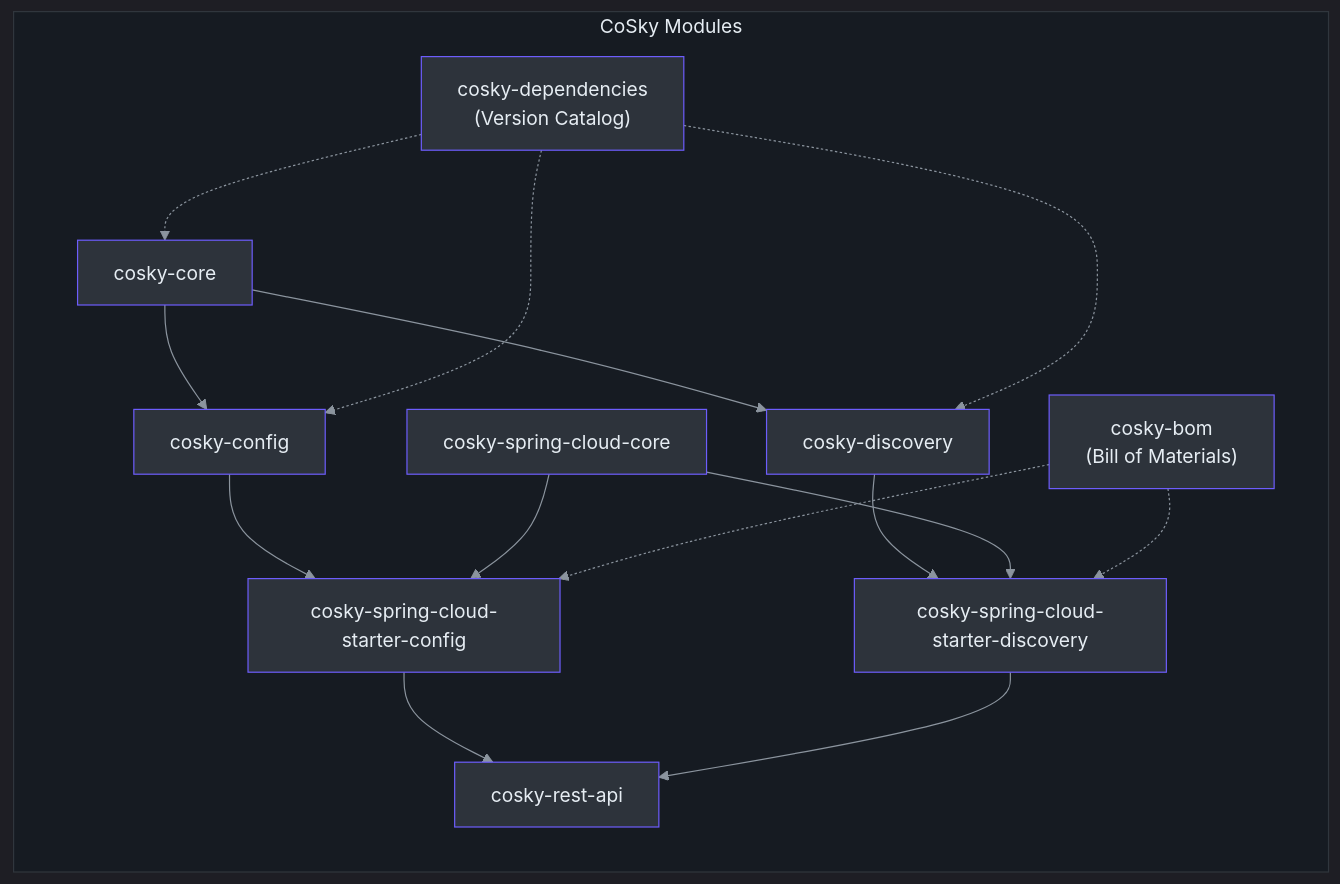
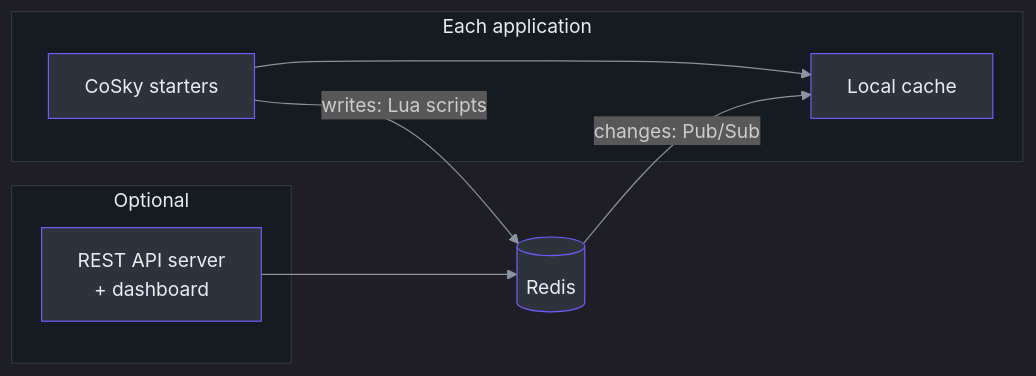
One commit to Ahoo-Wang/CoSky changed the diagram in wiki/guide/index.md. Above: the diagram before and after it, drawn with Mermaid. The commit also changed other lines of this file and 39 other files, not shown here.

````diff
--- a/wiki/guide/index.md
+++ b/wiki/guide/index.md
@@ -75,30 +12,20 @@
 ```mermaid
 %%{init: {'theme':'dark', 'themeVariables': {'primaryColor':'#2d333b','primaryBorderColor':'#6d5dfc','primaryTextColor':'#e6edf3','lineColor':'#8b949e','secondaryColor':'#161b22','tertiaryColor':'#161b22'}}}%%
 graph LR
-    subgraph Modules["CoSky Modules"]
-        style Modules fill:#161b22,stroke:#30363d,color:#e6edf3
-        CORE["cosky-core"] --> CONFIG["cosky-config"]
-        CORE --> DISCOVERY["cosky-discovery"]
-        CONFIG --> SCC["cosky-spring-cloud-starter-config"]
-        DISCOVERY --> SCD["cosky-spring-cloud-starter-discovery"]
-        SCC --> REST["cosky-rest-api"]
-        SCD --> REST
-        SC_CORE["cosky-spring-cloud-core"] --> SCC
-        SC_CORE --> SCD
-        BOM["cosky-bom<br>(Bill of Materials)"] -.-> SCC
-        BOM -.-> SCD
-        DEPS["cosky-dependencies<br>(Version Catalog)"] -.-> CORE
-        DEPS -.-> CONFIG
-        DEPS -.-> DISCOVERY
+    subgraph App["Each application"]
+        style App fill:#161b22,stroke:#30363d,color:#e6edf3
+        STARTER["CoSky starters"] --> CACHE["Local cache"]
     end
-
-    style CORE fill:#2d333b,stroke:#6d5dfc,color:#e6edf3
-    style CONFIG fill:#2d333b,stroke:#6d5dfc,color:#e6edf3
-    style DISCOVERY fill:#2d333b,stroke:#6d5dfc,color:#e6edf3
-    style SCC fill:#2d333b,stroke:#6d5dfc,color:#e6edf3
-    style SCD fill:#2d333b,stroke:#6d5dfc,color:#e6edf3
-    style REST fill:#2d333b,stroke:#6d5dfc,color:#e6edf3
-    style SC_CORE fill:#2d333b,stroke:#6d5dfc,color:#e6edf3
-    style BOM fill:#2d333b,stroke:#6d5dfc,color:#e6edf3
-    style DEPS fill:#2d333b,stroke:#6d5dfc,color:#e6edf3
+    subgraph Ops["Optional"]
+        style Ops fill:#161b22,stroke:#30363d,color:#e6edf3
+        SERVER["REST API server<br>+ dashboard"]
+    end
+    REDIS[("Redis")]
+    STARTER -- "writes: Lua scripts" --> REDIS
+    REDIS -- "changes: Pub/Sub" --> CACHE
+    SERVER --> REDIS
+    style STARTER fill:#2d333b,stroke:#6d5dfc,color:#e6edf3
+    style CACHE fill:#2d333b,stroke:#6d5dfc,color:#e6edf3
+    style SERVER fill:#2d333b,stroke:#6d5dfc,color:#e6edf3
+    style REDIS fill:#2d333b,stroke:#6d5dfc,color:#e6edf3
 ```
````
